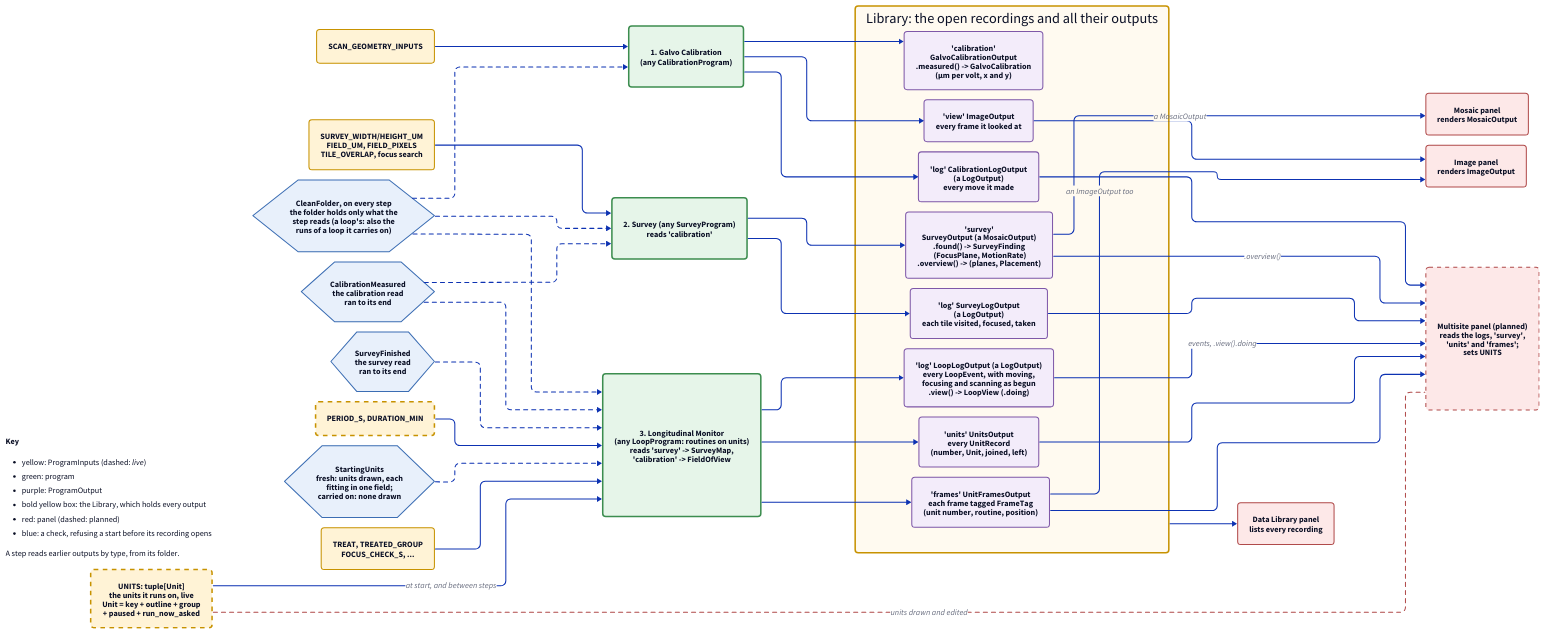
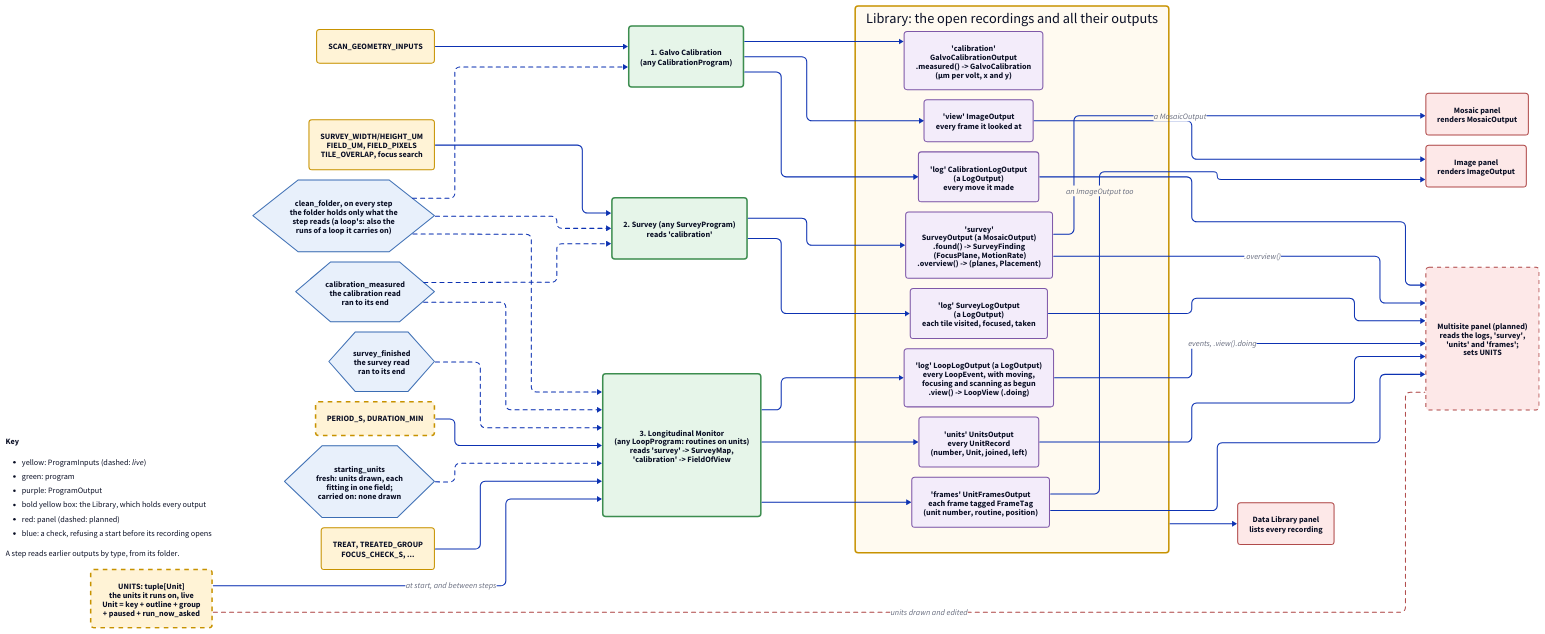
Before and after one commit to FishyIshyFishy/pyrpoc: the diagram in docs/diagrams/multisite.d2, drawn with D2. The commit also changed 21 other files, not shown here.

```diff
--- a/docs/diagrams/multisite.d2
+++ b/docs/diagrams/multisite.d2
@@ -1,104 +1,104 @@
 # Multisite, board 1 of 2: the pipeline. Each step's inputs, the program, the outputs it fills,
 # and what later steps and panels read of them. See multisite_loop.d2 for inside a loop.
 vars: {d2-config: {layout-engine: elk}}
 direction: right
 
 classes: {
   input: {style: {fill: "#fff3d6"; stroke: "#c79200"; border-radius: 6}}
   live: {style: {fill: "#fff3d6"; stroke: "#c79200"; stroke-width: 3; stroke-dash: 3; border-radius: 6}}
   prog: {style: {fill: "#e6f5e9"; stroke: "#3c8d4f"; stroke-width: 3; border-radius: 6}}
   check: {shape: hexagon; style: {fill: "#e8f0fb"; stroke: "#3b6db3"}}
   out: {style: {fill: "#f3ecfa"; stroke: "#7e57a8"; border-radius: 6}}
   panel: {style: {fill: "#fde8e8"; stroke: "#b04a4a"; border-radius: 6}}
   panel_new: {style: {fill: "#fde8e8"; stroke: "#b04a4a"; stroke-dash: 4; border-radius: 6}}
   library: {style: {fill: "#fffaf0"; stroke: "#c79200"; stroke-width: 3; border-radius: 6}}
 }
 
 # A node in the layout rather than pinned to a corner, which reserved a band of empty space.
 key: |md
   **Key**
   - yellow: ProgramInputs (dashed: *live*)
   - green: program
   - purple: ProgramOutput
   - bold yellow box: the Library,
     which holds every output
   - red: panel (dashed: planned)
   - blue: a check, refusing a start
     before its recording opens
 
   A step reads earlier outputs by type,
   from its folder.
 | {style: {fill: "#ffffff"; stroke: "#bbbbbb"}}
 
-clean: "CleanFolder, on every step\nthe folder holds only what the\nstep reads (a loop's: also the\nruns of a loop it carries on)" {class: check}
+clean: "clean_folder, on every step\nthe folder holds only what the\nstep reads (a loop's: also the\nruns of a loop it carries on)" {class: check}
 clean -> cal {style.stroke-dash: 4}
 clean -> sur {style.stroke-dash: 4}
 clean -> loop {style.stroke-dash: 4}
-measured: "CalibrationMeasured\nthe calibration read\nran to its end" {class: check}
+measured: "calibration_measured\nthe calibration read\nran to its end" {class: check}
 measured -> sur {style.stroke-dash: 4}
 measured -> loop {style.stroke-dash: 4}
-finished: "SurveyFinished\nthe survey read\nran to its end" {class: check}
+finished: "survey_finished\nthe survey read\nran to its end" {class: check}
 finished -> loop {style.stroke-dash: 4}
-starting: "StartingUnits\nfresh: units drawn, each\nfitting in one field;\ncarried on: none drawn" {class: check}
+starting: "starting_units\nfresh: units drawn, each\nfitting in one field;\ncarried on: none drawn" {class: check}
 starting -> loop {style.stroke-dash: 4}
 
 # ---------------------------------------------------------------- 1. calibration
 cal_in: "SCAN_GEOMETRY_INPUTS" {class: input}
 cal: "1. Galvo Calibration\n(any CalibrationProgram)" {class: prog}
 cal_in -> cal
 cal -> library.calibration
 cal -> library.view
 cal -> library.cal_log
 
 # ---------------------------------------------------------------- 2. survey
 sur_in: "SURVEY_WIDTH/HEIGHT_UM\nFIELD_UM, FIELD_PIXELS\nTILE_OVERLAP, focus search" {class: input}
 sur: "2. Survey (any SurveyProgram)\nreads 'calibration'" {class: prog}
 sur_in -> sur
 sur -> library.survey
 sur -> library.survey_log
 
 # ---------------------------------------------------------------- 3. loop
 units: "UNITS: tuple[Unit]\nthe units it runs on, live\nUnit = key + outline + group\n+ paused + run_now_asked" {class: live}
 loop_in: "TREAT, TREATED_GROUP\nFOCUS_CHECK_S, ..." {class: input}
 monitor_live: "PERIOD_S, DURATION_MIN" {class: live}
 loop: "3. Longitudinal Monitor\n(any LoopProgram: routines on units)\nreads 'survey' -> SurveyMap,\n'calibration' -> FieldOfView" {class: prog}
 units -> loop: "at start, and between steps"
 loop_in -> loop
 monitor_live -> loop
 loop -> library.log
 loop -> library.unit_records
 loop -> library.frames
 
 # ---------------------------------------------------------------- the library
 # Every output a program fills is in the library, inside its recording; panels only ever
 # reach an output there, each picking the outputs of the type it renders.
 library: "Library: the open recordings and all their outputs" {
   class: library
   calibration: "'calibration'\nGalvoCalibrationOutput\n.measured() -> GalvoCalibration\n(µm per volt, x and y)" {class: out}
   view: "'view' ImageOutput\nevery frame it looked at" {class: out}
   cal_log: "'log' CalibrationLogOutput\n(a LogOutput)\nevery move it made" {class: out}
   survey: "'survey'\nSurveyOutput (a MosaicOutput)\n.found() -> SurveyFinding\n  (FocusPlane, MotionRate)\n.overview() -> (planes, Placement)" {class: out}
   survey_log: "'log' SurveyLogOutput\n(a LogOutput)\neach tile visited, focused, taken" {class: out}
   log: "'log' LoopLogOutput (a LogOutput)\nevery LoopEvent, with moving,\nfocusing and scanning as begun\n.view() -> LoopView (.doing)" {class: out}
   unit_records: "'units' UnitsOutput\nevery UnitRecord\n(number, Unit, joined, left)" {class: out}
   frames: "'frames' UnitFramesOutput\neach frame tagged FrameTag\n(unit number, routine, position)" {class: out}
 }
 
 # ---------------------------------------------------------------- panels
 image: "Image panel\nrenders ImageOutput" {class: panel}
 mosaic: "Mosaic panel\nrenders MosaicOutput" {class: panel}
 data_library: "Data Library panel\nlists every recording" {class: panel}
 multisite_panel: "Multisite panel (planned)\nreads the logs, 'survey',\n'units' and 'frames';\nsets UNITS" {class: panel_new}
 library.view -> image
 library.frames -> image: "an ImageOutput too"
 library.survey -> mosaic: "a MosaicOutput"
 library.survey -> multisite_panel: ".overview()"
 library.cal_log -> multisite_panel
 library.survey_log -> multisite_panel
 library.log -> multisite_panel: "events, .view().doing"
 library.unit_records -> multisite_panel
 library.frames -> multisite_panel
 library -> data_library
 
 # What the multisite panel will send back: the units, before and while a loop runs.
 units -- multisite_panel: "units drawn and edited" {source-arrowhead.shape: triangle; style.stroke: "#b04a4a"; style.stroke-dash: 4}
```
